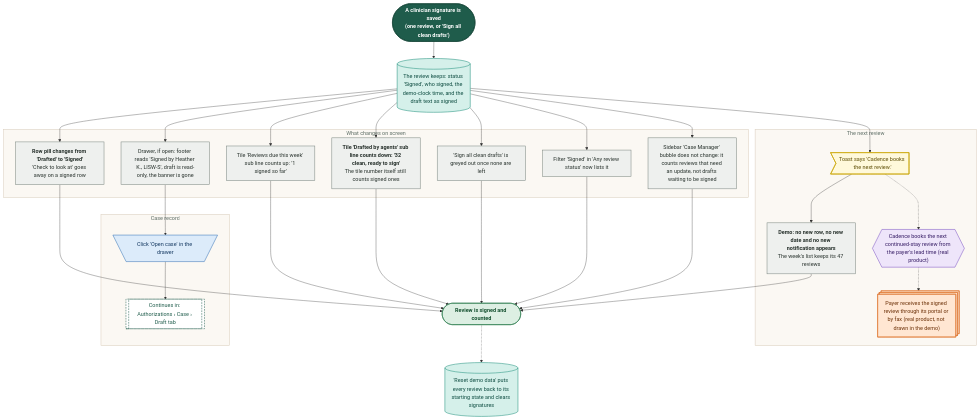
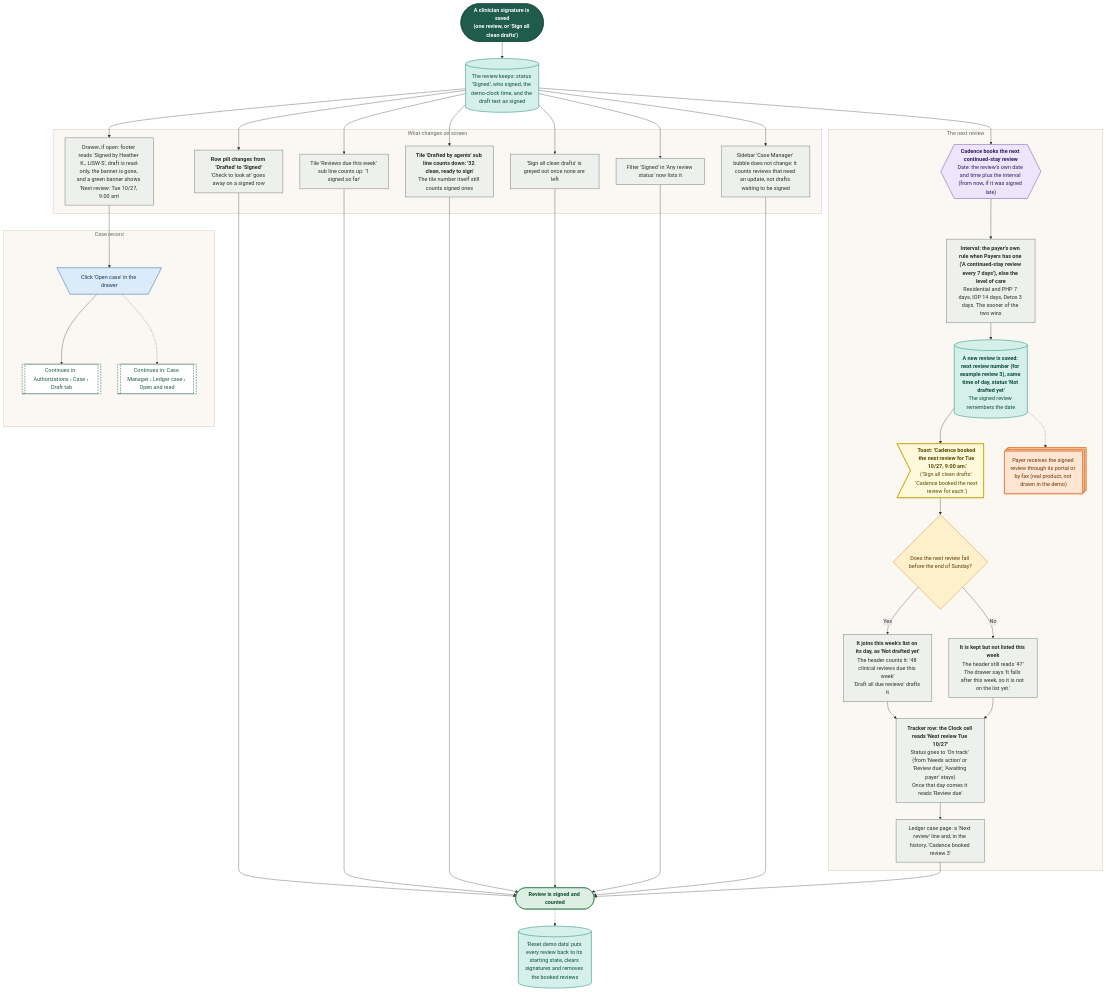
Before and after one commit to Shrav143/psyfloapp: diagram 18 of 21 in demos/prior-auth-demo/workflows/out/md/07-case-manager.md, drawn with Mermaid. The commit also changed other lines of this file and 195 other files, not shown here.

First line of the commit message:
docs: Rebuild workflow diagrams after the demo fixes (220 diagrams)

````diff
--- a/demos/prior-auth-demo/workflows/out/md/07-case-manager.md
+++ b/demos/prior-auth-demo/workflows/out/md/07-case-manager.md
@@ -1047,63 +1267,77 @@
 ```mermaid
 %%{init: {"theme":"base","themeVariables":{"fontFamily":"'DM Sans', 'Segoe UI', system-ui, sans-serif","fontSize":"15px","lineColor":"#5B6B63","primaryTextColor":"#1C2B25","clusterBkg":"#FBF8F3","clusterBorder":"#D9CDBB","edgeLabelBackground":"#FFFFFF"},"flowchart":{"curve":"basis","nodeSpacing":36,"rankSpacing":48,"padding":12,"htmlLabels":true,"useMaxWidth":false,"wrappingWidth":230}} }%%
 flowchart TD
   classDef k_start fill:#1F5C4B,stroke:#174638,color:#FFFFFF,stroke-width:1.5px,font-weight:600
   classDef k_end fill:#DDEFE3,stroke:#2E7D4F,color:#14502F,stroke-width:1.5px,font-weight:600
   classDef k_endx fill:#FBE3E0,stroke:#C0392B,color:#7A1F16,stroke-width:1.5px,font-weight:600
   classDef k_screen fill:#FFFDF8,stroke:#1F5C4B,color:#1C2B25,stroke-width:2px
   classDef k_overlay fill:#F1F7F3,stroke:#1F5C4B,color:#1C2B25,stroke-width:2px,stroke-dasharray:5 3
   classDef k_click fill:#DCEBFA,stroke:#2F6DB5,color:#12365F,stroke-width:1.5px
   classDef k_input fill:#E4E7FF,stroke:#4C5FD5,color:#1D2670,stroke-width:1.5px
   classDef k_process fill:#EEF0EE,stroke:#7A857F,color:#26302B,stroke-width:1.5px
   classDef k_agent fill:#EEE5FA,stroke:#7A4FC2,color:#341A63,stroke-width:1.5px
   classDef k_decision fill:#FFF0CC,stroke:#D9962B,color:#5C3B00,stroke-width:1.5px
   classDef k_store fill:#D5F0EA,stroke:#1C8E7B,color:#0B4A3F,stroke-width:1.5px
   classDef k_doc fill:#F6E9DC,stroke:#B07A4C,color:#4A2E14,stroke-width:1.5px
   classDef k_ext fill:#FFE6D2,stroke:#E07B39,color:#6B2F06,stroke-width:1.5px
   classDef k_wait fill:#E4E8EE,stroke:#6B7C93,color:#26303D,stroke-width:1.5px
   classDef k_toast fill:#FFF9DB,stroke:#C9A400,color:#5A4A00,stroke-width:1.5px
   classDef k_goto fill:#FFFFFF,stroke:#1F5C4B,color:#1F5C4B,stroke-width:1.5px,stroke-dasharray:5 3
   s1@{ shape: stadium, label: "<b>A clinician signature is saved</b><br/>(one review, or 'Sign all clean drafts')" }
   st1@{ shape: cyl, label: "The review keeps: status 'Signed', who signed, the demo-clock time, and the draft text as signed" }
   subgraph gScreen ["What changes on screen"]
   a1@{ shape: rect, label: "<b>Row pill changes from 'Drafted' to 'Signed'</b><br/>'Check to look at' goes away on a signed row" }
-  a2@{ shape: rect, label: "Drawer, if open: footer reads 'Signed by Heather K., LISW-S', draft is read-only, the banner is gone" }
+  a2@{ shape: rect, label: "Drawer, if open: footer reads 'Signed by Heather K., LISW-S', draft is read-only, the banner is gone, and a green banner shows 'Next review: Tue 10/27, 9:00 am'" }
   a3@{ shape: rect, label: "Tile 'Reviews due this week' sub line counts up: '1 signed so far'" }
   a4@{ shape: rect, label: "<b>Tile 'Drafted by agents' sub line counts down: '32 clean, ready to sign'</b><br/>The tile number itself still counts signed ones" }
   a5@{ shape: rect, label: "'Sign all clean drafts' is greyed out once none are left" }
   a6@{ shape: rect, label: "Filter 'Signed' in 'Any review status' now lists it" }
   a7@{ shape: rect, label: "Sidebar 'Case Manager' bubble does not change: it counts reviews that need an update, not drafts waiting to be signed" }
   end
   subgraph gNext ["The next review"]
-  t1@{ shape: odd, label: "Toast says 'Cadence books the next review.'" }
-  g1@{ shape: hex, label: "Cadence books the next continued-stay review from the payer's lead time (real product)" }
-  n1@{ shape: rect, label: "<b>Demo: no new row, no new date and no new notification appears</b><br/>The week's list keeps its 47 reviews" }
+  g1@{ shape: hex, label: "<b>Cadence books the next continued-stay review</b><br/>Date: the review's own date and time plus the interval (from now, if it was signed late)" }
+  i1@{ shape: rect, label: "<b>Interval: the payer's own rule when Payers has one ('A continued-stay review every 7 days'), else the level of care</b><br/>Residential and PHP 7 days, IOP 14 days, Detox 3 days. The sooner of the two wins" }
+  n1@{ shape: cyl, label: "<b>A new review is saved: next review number (for example review 3), same time of day, status 'Not drafted yet'</b><br/>The signed review remembers the date" }
+  t1@{ shape: odd, label: "<b>Toast: 'Cadence booked the next review for Tue 10/27, 9:00 am.'</b><br/>('Sign all clean drafts': 'Cadence booked the next review for each.')" }
+  d1@{ shape: diam, label: "Does the next review fall before the end of Sunday?" }
+  n2@{ shape: rect, label: "<b>It joins this week's list on its day, as 'Not drafted yet'</b><br/>The header counts it: '48 clinical reviews due this week'<br/>'Draft all due reviews' drafts it" }
+  n3@{ shape: rect, label: "<b>It is kept but not listed this week</b><br/>The header still reads '47'<br/>The drawer says 'It falls after this week, so it is not on the list yet.'" }
+  n4@{ shape: rect, label: "<b>Tracker row: the Clock cell reads 'Next review Tue 10/27'</b><br/>Status goes to 'On track' (from 'Needs action' or 'Review due'; 'Awaiting payer' stays)<br/>Once that day comes it reads 'Review due'" }
+  n5@{ shape: rect, label: "Ledger case page: a 'Next review' line and, in the history, 'Cadence booked review 3'" }
   x1@{ shape: st-rect, label: "Payer receives the signed review through its portal or by fax (real product, not drawn in the demo)" }
   end
   subgraph gCase ["Case record"]
   c1@{ shape: trap-t, label: "Click 'Open case' in the drawer" }
   g2@{ shape: subproc, label: "Continues in: Authorizations › Case › Draft tab" }
+  g3@{ shape: subproc, label: "Continues in: Case Manager › Ledger case › Open and read" }
   end
-  st2@{ shape: cyl, label: "'Reset demo data' puts every review back to its starting state and clears signatures" }
+  st2@{ shape: cyl, label: "'Reset demo data' puts every review back to its starting state, clears signatures and removes the booked reviews" }
   e1@{ shape: stadium, label: "Review is signed and counted" }
   s1 --> st1
   st1 --> a1 & a2 & a3 & a4 & a5 & a6 & a7
-  st1 --> t1 --> n1
-  t1 -.-> g1 -.-> x1
+  st1 --> g1 --> i1 --> n1 --> t1 --> d1
+  d1 -->|"Yes"| n2
+  d1 -->|"No"| n3
+  n2 --> n4
+  n3 --> n4
+  n4 --> n5
+  n1 -.-> x1
   a2 --> c1 --> g2
+  c1 -.-> g3
   a1 & a3 & a4 & a5 & a6 & a7 --> e1
-  n1 --> e1
+  n5 --> e1
   e1 -.-> st2
   class s1 k_start
-  class st1,st2 k_store
-  class a1,a2,a3,a4,a5,a6,a7,n1 k_process
+  class st1,n1,st2 k_store
+  class a1,a2,a3,a4,a5,a6,a7,i1,n2,n3,n4,n5 k_process
+  class g1 k_agent
   class t1 k_toast
-  class g1 k_agent
+  class d1 k_decision
   class x1 k_ext
   class c1 k_click
-  class g2 k_goto
+  class g2,g3 k_goto
   class e1 k_end
   style gScreen fill:#FBF8F3,stroke:#D9CDBB,stroke-width:1.5px,color:#5B6B63
   style gNext fill:#FBF8F3,stroke:#D9CDBB,stroke-width:1.5px,color:#5B6B63
   style gCase fill:#FBF8F3,stroke:#D9CDBB,stroke-width:1.5px,color:#5B6B63
 ```
````
